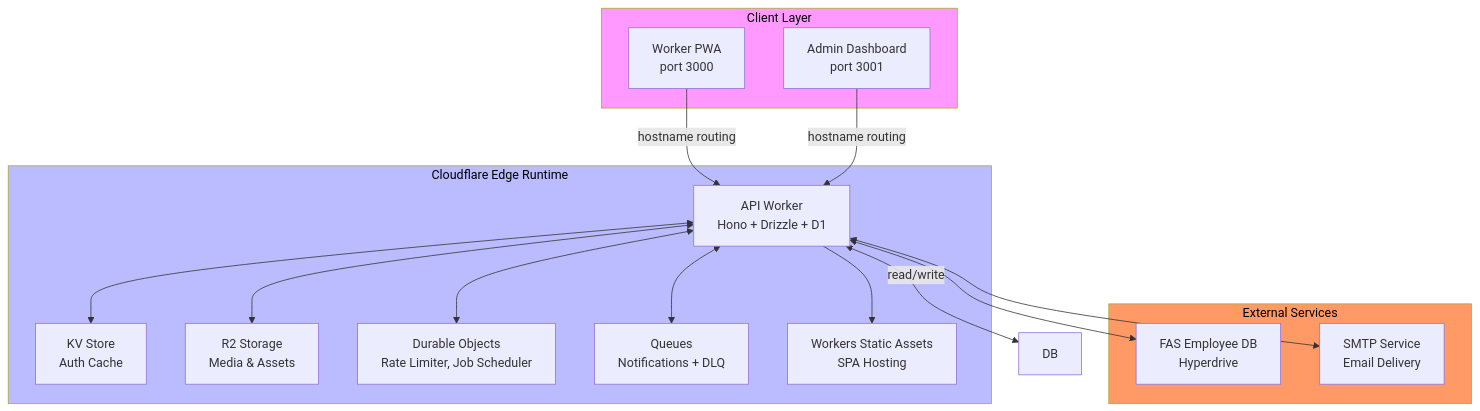
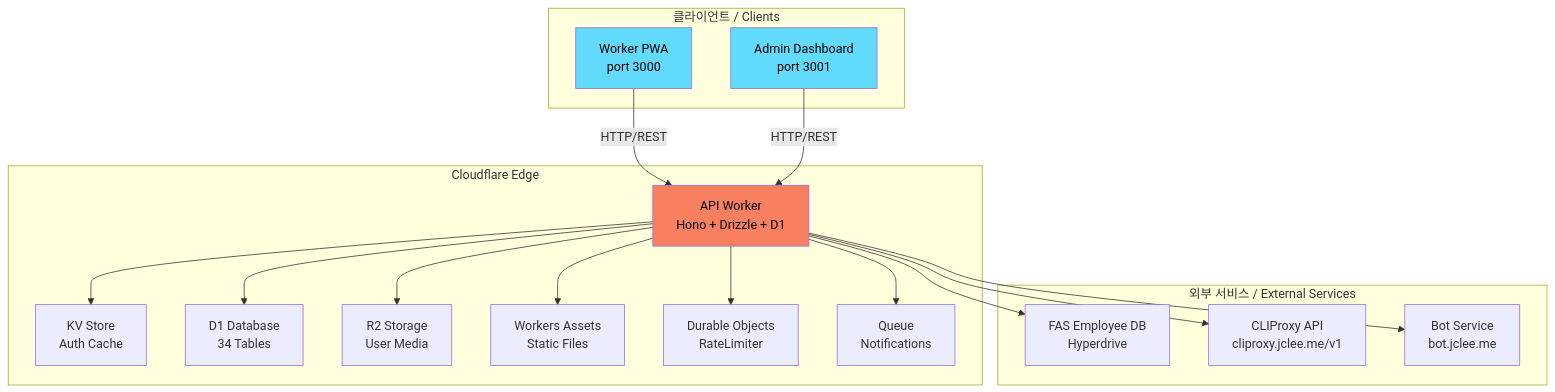
The first of 2 diagrams in README.md (jclee941/safetywallet), drawn with Mermaid before and after one commit. The commit also changed other lines of this file, not shown here.

````diff
--- a/README.md
+++ b/README.md
@@ -83,36 +91,39 @@
 ```mermaid
 flowchart TB
-    subgraph Client["Client Layer"]
-        PWA["Worker PWA<br/>port 3000"]
-        ADMIN["Admin Dashboard<br/>port 3001"]
+    subgraph Clients["클라이언트 / Clients"]
+        WorkerPWA["Worker PWA<br/>port 3000"]
+        AdminDashboard["Admin Dashboard<br/>port 3001"]
     end
 
-    subgraph Cloudflare["Cloudflare Edge Runtime"]
+    subgraph Cloudflare["Cloudflare Edge"]
         API["API Worker<br/>Hono + Drizzle + D1"]
         KV["KV Store<br/>Auth Cache"]
-        R2["R2 Storage<br/>Media & Assets"]
-        DO["Durable Objects<br/>Rate Limiter, Job Scheduler"]
-        QUEUE["Queues<br/>Notifications + DLQ"]
-        ASSETS["Workers Static Assets<br/>SPA Hosting"]
+        D1["D1 Database<br/>34 Tables"]
+        R2["R2 Storage<br/>User Media"]
+        ASSETS["Workers Assets<br/>Static Files"]
+        RateLimiter["Durable Objects<br/>RateLimiter"]
+        NotificationQueue["Queue<br/>Notifications"]
     end
 
-    subgraph External["External Services"]
+    subgraph ExternalServices["외부 서비스 / External Services"]
         FAS["FAS Employee DB<br/>Hyperdrive"]
-        SMTP["SMTP Service<br/>Email Delivery"]
+        CLIProxyAPI["CLIProxy API<br/>cliproxy.jclee.me/v1"]
+        BotService["Bot Service<br/>bot.jclee.me"]
     end
 
-    PWA --> |"hostname routing"| API
-    ADMIN --> |"hostname routing"| API
-    API <--> |"read/write"| DB
-    API <--> KV
-    API <--> R2
-    API <--> DO
-    API <--> QUEUE
-    API <--> FAS
-    API <--> SMTP
+    WorkerPWA -->|HTTP/REST| API
+    AdminDashboard -->|HTTP/REST| API
+    API --> KV
+    API --> D1
+    API --> R2
     API --> ASSETS
+    API --> RateLimiter
+    API --> NotificationQueue
+    API --> FAS
+    API --> CLIProxyAPI
+    API --> BotService
 
-    style Client fill:#f9f,color:#000
-    style Cloudflare fill:#bbf,color:#000
-    style External fill:#f96,color:#000
+    style WorkerPWA fill:#61dafb,color:#000
+    style AdminDashboard fill:#61dafb,color:#000
+    style API fill:#f88060,color:#000
 ```
````
